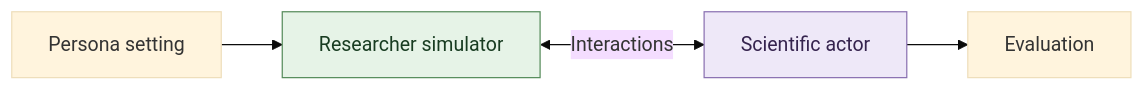
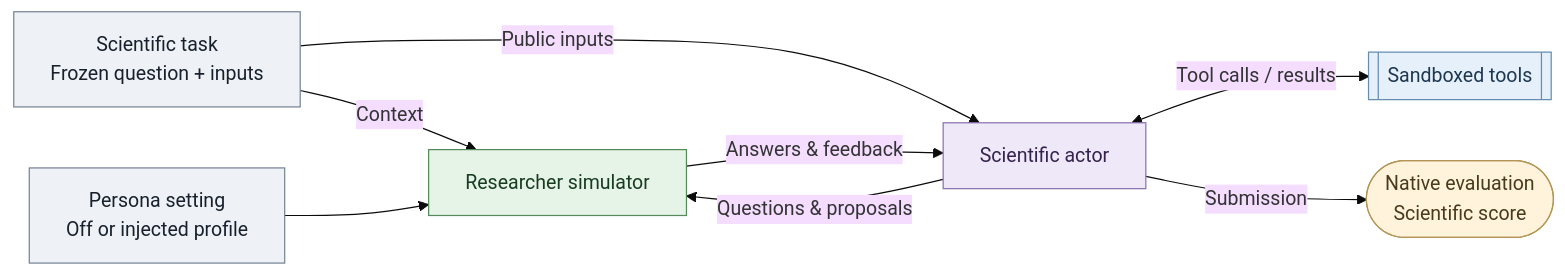
Before and after one commit to MatrAIx-ai/PersonaScienceBench: the diagram in README.md, drawn with Mermaid (base theme). The commit also changed other lines of this file, not shown here.

Commit message:
Clarify task inputs and interaction loops in README diagram

````diff
--- a/README.md
+++ b/README.md
@@ -5,8 +5,24 @@
 ```mermaid
 flowchart LR
-    P["Persona setting"] --> S["Researcher simulator"]
-    S <-->|"Interactions"| A["Scientific actor"]
-    A --> E["Evaluation"]
+    Q["Scientific task<br/>Frozen question + inputs"]
+    P["Persona setting<br/>Off or injected profile"]
+    S["Researcher simulator"]
+    A["Scientific actor"]
+    T[["Sandboxed tools"]]
+    E(["Native evaluation<br/>Scientific score"])
+
+    Q -->|"Context"| S
+    Q -->|"Public inputs"| A
+    P --> S
+    S -->|"Answers & feedback"| A
+    A -->|"Questions & proposals"| S
+    A <-->|"Tool calls / results"| T
+    A -->|"Submission"| E
+
+    classDef input fill:#eef2f6,stroke:#768394,color:#18212b
+    class Q,P input
     style S fill:#e6f3e7,stroke:#558b5a,color:#183c21
     style A fill:#eee8f8,stroke:#8970b1,color:#35234e
+    style T fill:#e6f0fa,stroke:#668daf,color:#1e3850
+    style E fill:#fff3dc,stroke:#b29555,color:#493a1c
 ```
````
